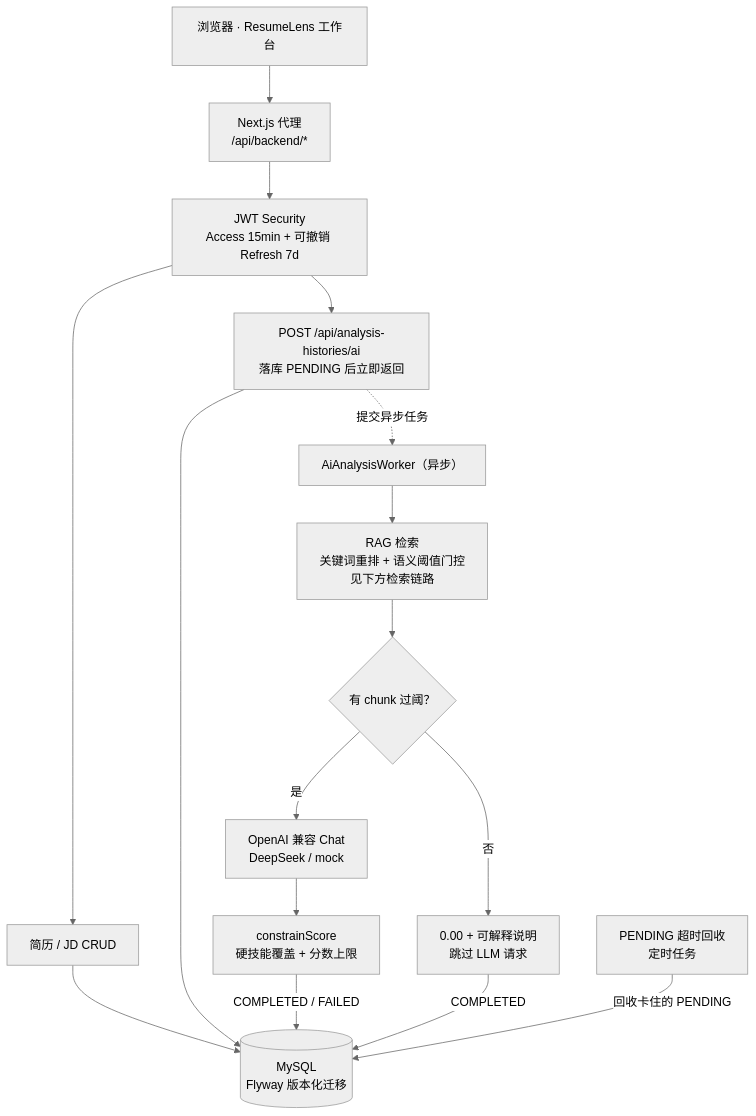
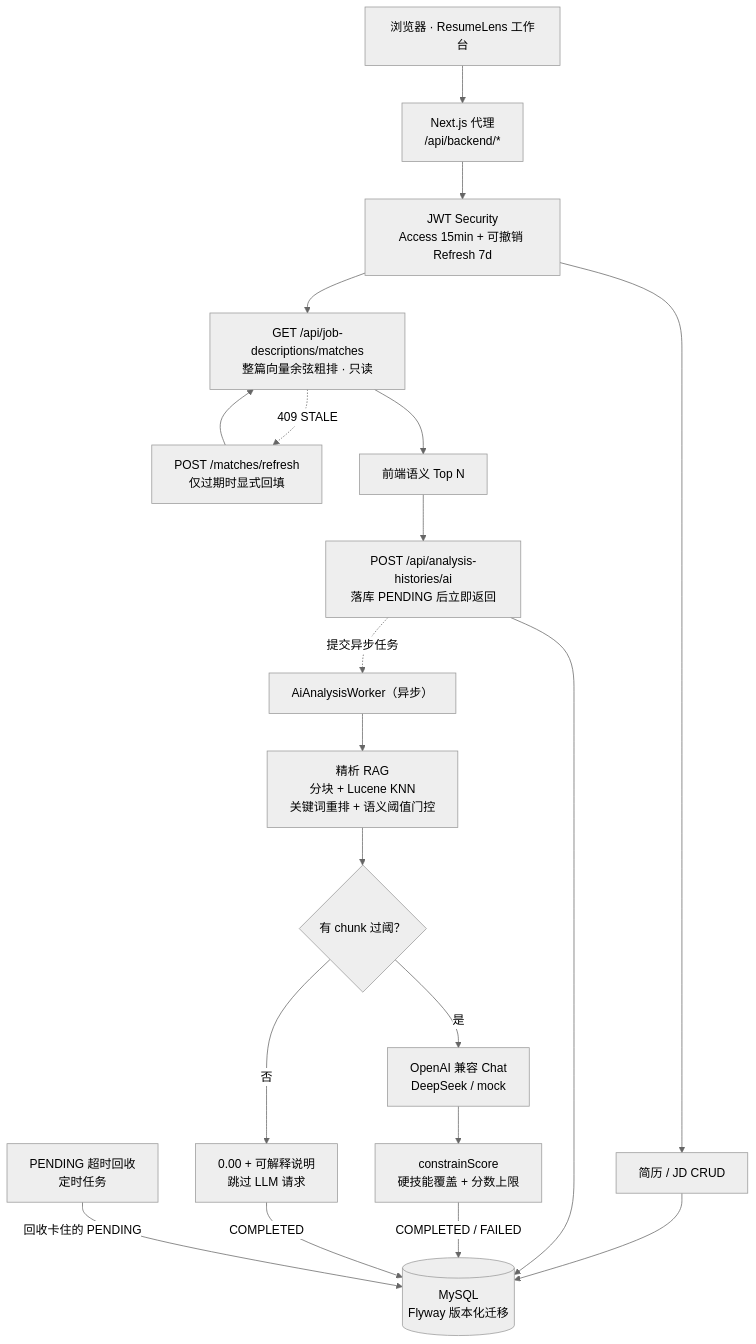
The first of 2 diagrams in README.md (wuWhite688/ResumeLens), drawn with Mermaid (neutral theme) before and after one commit. The commit also changed other lines of this file, not shown here.

````diff
--- a/README.md
+++ b/README.md
@@ -90,27 +97,32 @@
 ```mermaid
 flowchart TD
     B["浏览器 · ResumeLens 工作台"]
     P["Next.js 代理<br/>/api/backend/*"]
     SEC["JWT Security<br/>Access 15min + 可撤销 Refresh 7d"]
     CRUD["简历 / JD CRUD"]
+    RANK["GET /api/job-descriptions/matches<br/>整篇向量余弦粗排 · 只读"]
+    REFRESH["POST /matches/refresh<br/>仅过期时显式回填"]
+    TOPN["前端语义 Top N"]
     SUBMIT["POST /api/analysis-histories/ai<br/>落库 PENDING 后立即返回"]
     W["AiAnalysisWorker（异步）"]
-    RAG["RAG 检索<br/>关键词重排 + 语义阈值门控<br/>见下方检索链路"]
+    RAG["精析 RAG<br/>分块 + Lucene KNN<br/>关键词重排 + 语义阈值门控"]
     GATE{"有 chunk 过阈？"}
     LLM["OpenAI 兼容 Chat<br/>DeepSeek / mock"]
     SCORE["constrainScore<br/>硬技能覆盖 + 分数上限"]
     ZERO["0.00 + 可解释说明<br/>跳过 LLM 请求"]
     RECLAIM["PENDING 超时回收<br/>定时任务"]
     DB[("MySQL<br/>Flyway 版本化迁移")]
 
     B --> P --> SEC
     SEC --> CRUD --> DB
-    SEC --> SUBMIT --> DB
+    SEC --> RANK
+    RANK -. 409 STALE .-> REFRESH --> RANK
+    RANK --> TOPN --> SUBMIT --> DB
     SUBMIT -. 提交异步任务 .-> W
     W --> RAG --> GATE
     GATE -- 是 --> LLM --> SCORE
     GATE -- 否 --> ZERO
     SCORE -- COMPLETED / FAILED --> DB
     ZERO -- COMPLETED --> DB
     RECLAIM -- 回收卡住的 PENDING --> DB
 ```
````
